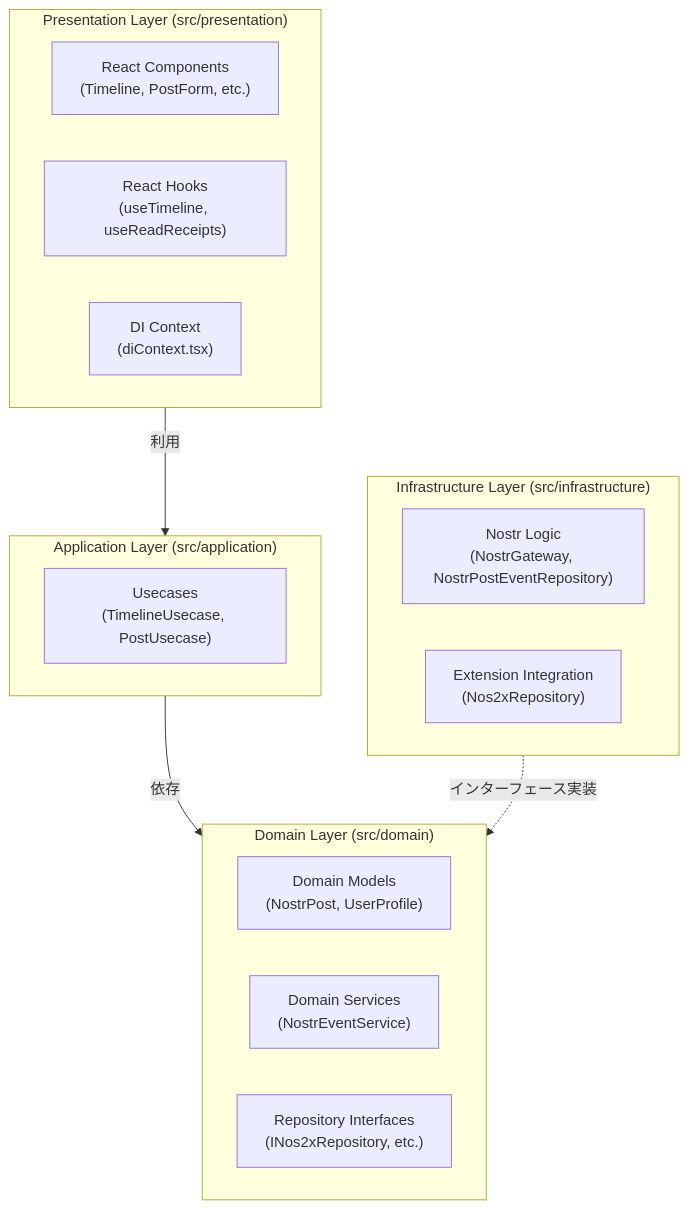
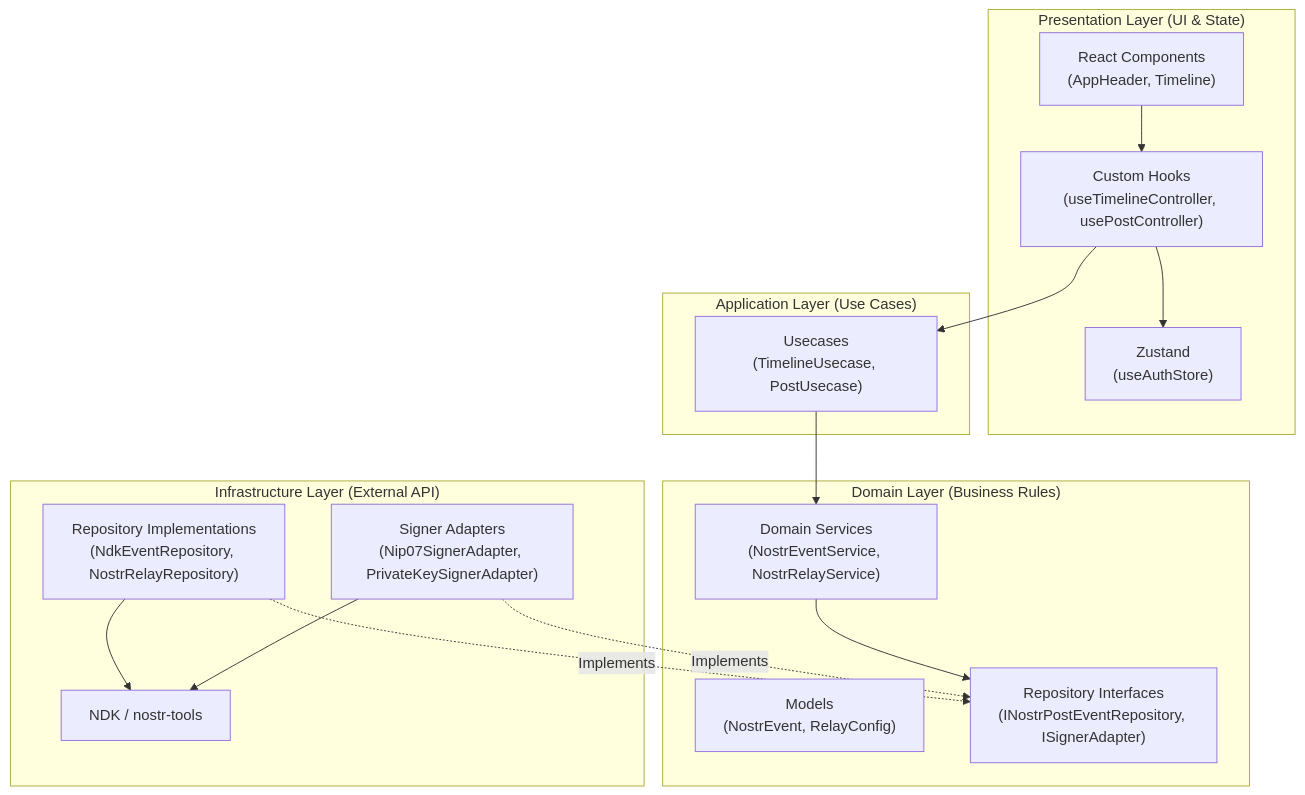
One commit to sueCalystegia00/nostr-client changed the diagram in README.md. Above: the diagram before and after it, drawn with Mermaid. The commit also changed other lines of this file, not shown here.

````diff
--- a/README.md
+++ b/README.md
@@ -21,28 +21,35 @@
 ```mermaid
-flowchart TD
-    subgraph Presentation["Presentation Layer (src/presentation)"]
-        Components["React Components\n(Timeline, PostForm, etc.)"]
-        Hooks["React Hooks\n(useTimeline, useReadReceipts)"]
-        DI["DI Context\n(diContext.tsx)"]
+graph TD
+    subgraph Presentation["Presentation Layer (UI & State)"]
+        Components["React Components\n(AppHeader, Timeline)"]
+        Hooks["Custom Hooks\n(useTimelineController, usePostController)"]
+        State["Zustand\n(useAuthStore)"]
     end
 
-    subgraph Application["Application Layer (src/application)"]
+    subgraph Application["Application Layer (Use Cases)"]
         Usecases["Usecases\n(TimelineUsecase, PostUsecase)"]
     end
 
-    subgraph Domain["Domain Layer (src/domain)"]
-        Models["Domain Models\n(NostrPost, UserProfile)"]
-        Services["Domain Services\n(NostrEventService)"]
-        Interfaces["Repository Interfaces\n(INos2xRepository, etc.)"]
+    subgraph Domain["Domain Layer (Business Rules)"]
+        Models["Models\n(NostrEvent, RelayConfig)"]
+        Services["Domain Services\n(NostrEventService, NostrRelayService)"]
+        Interfaces["Repository Interfaces\n(INostrPostEventRepository, ISignerAdapter)"]
     end
 
-    subgraph Infrastructure["Infrastructure Layer (src/infrastructure)"]
-        NostrLogic["Nostr Logic\n(NostrGateway, NostrPostEventRepository)"]
-        Extension["Extension Integration\n(Nos2xRepository)"]
+    subgraph Infrastructure["Infrastructure Layer (External API)"]
+        NDK["NDK / nostr-tools"]
+        Impl["Repository Implementations\n(NdkEventRepository, NostrRelayRepository)"]
+        Signer["Signer Adapters\n(Nip07SignerAdapter, PrivateKeySignerAdapter)"]
     end
 
-    Presentation -->|利用| Application
-    Application -->|依存| Domain
-    Infrastructure -.->|インターフェース実装| Domain
+    Components --> Hooks
+    Hooks --> State
+    Hooks --> Usecases
+    Usecases --> Services
+    Services --> Interfaces
+    Impl -.->|Implements| Interfaces
+    Signer -.->|Implements| Interfaces
+    Impl --> NDK
+    Signer --> NDK
 
 ```
````
